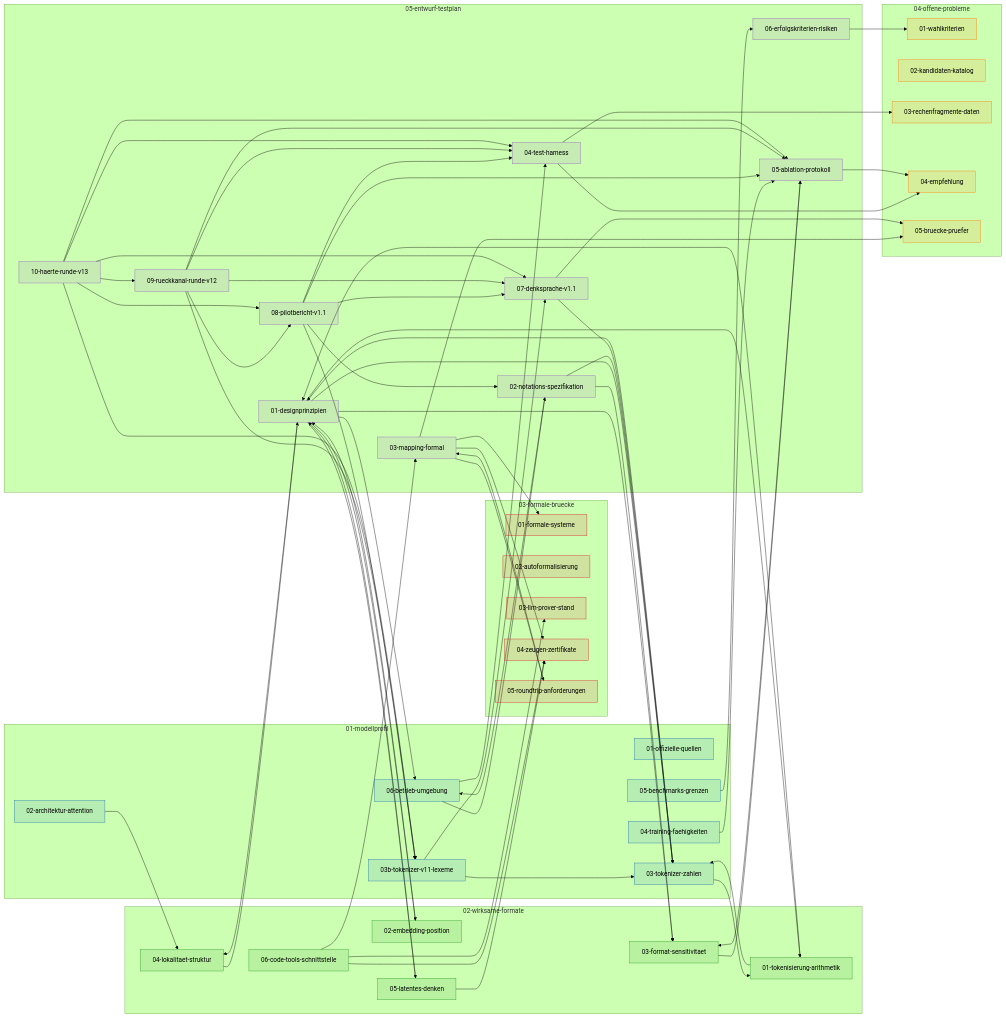
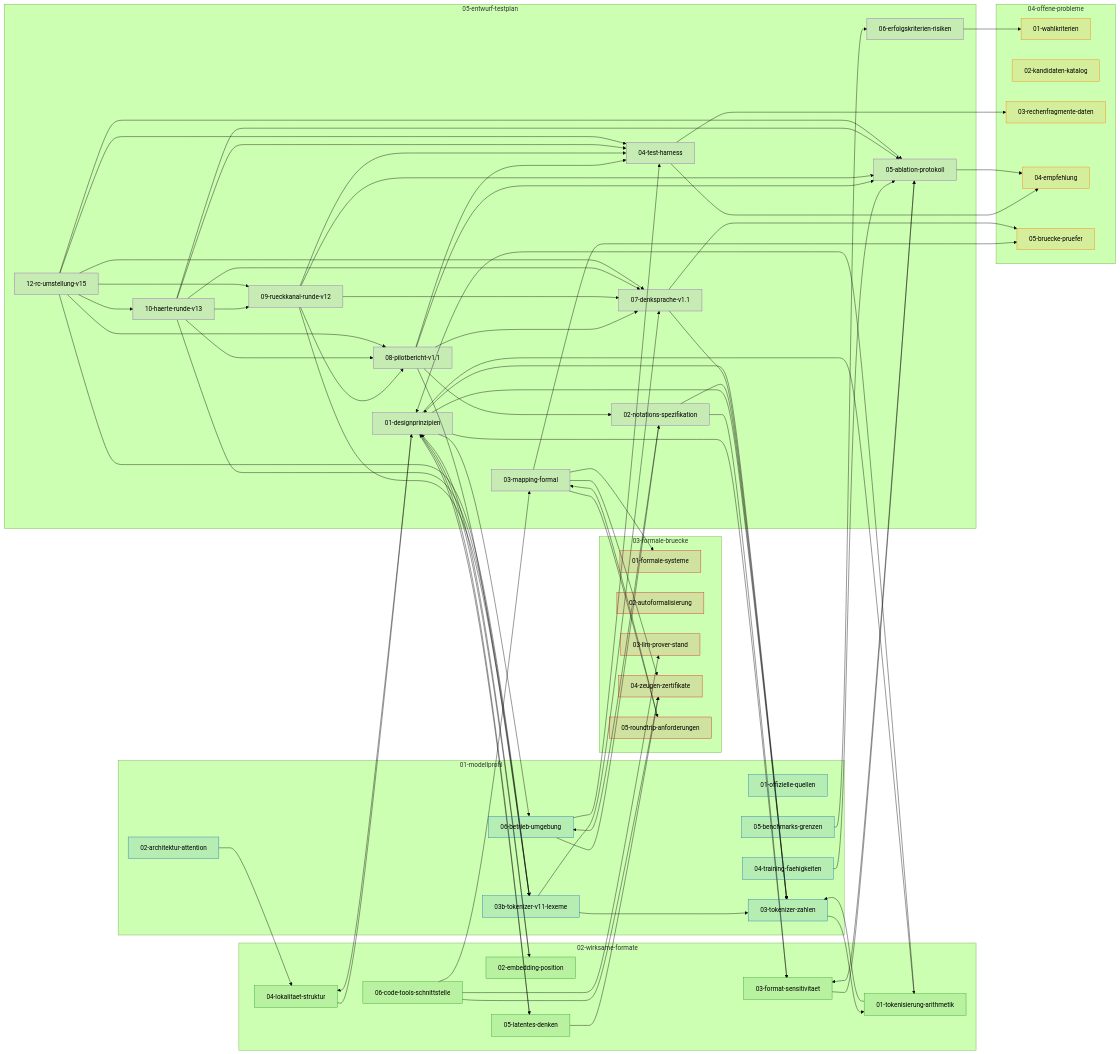
The diagram in yesdocs/deepseek-math-notation/wiki/INDEX.md (carsteneu/proofboy), drawn with Mermaid (forest theme) before and after one commit. The commit also changed other lines of this file and 5 other files, not shown here.

````diff
--- a/yesdocs/deepseek-math-notation/wiki/INDEX.md
+++ b/yesdocs/deepseek-math-notation/wiki/INDEX.md
@@ -75,6 +76,7 @@
     F0508[08-pilotbericht-v1.1]
     F0509[09-rueckkanal-runde-v12]
     F0510[10-haerte-runde-v13]
+    F0512[12-rc-umstellung-v15]
   end
   F0102 --> F0204
   F0103 --> F0201
@@ -133,6 +135,13 @@
   F0510 --> F0505
   F0510 --> F0504
   F0510 --> F0103B
+  F0512 --> F0510
+  F0512 --> F0509
+  F0512 --> F0508
+  F0512 --> F0507
+  F0512 --> F0505
+  F0512 --> F0504
+  F0512 --> F0103B
   classDef C01 fill:#1f77b422,stroke:#1f77b4,stroke-width:1px
   classDef C02 fill:#2ca02c22,stroke:#2ca02c,stroke-width:1px
   classDef C03 fill:#d6272822,stroke:#d62728,stroke-width:1px
@@ -142,5 +151,5 @@
   class F0201,F0202,F0203,F0204,F0205,F0206 C02
   class F0301,F0302,F0303,F0304,F0305 C03
   class F0401,F0402,F0403,F0404,F0405 C04
-  class F0501,F0502,F0503,F0504,F0505,F0506,F0507,F0508,F0509,F0510 C05
+  class F0501,F0502,F0503,F0504,F0505,F0506,F0507,F0508,F0509,F0510,F0512 C05
 ```
````
